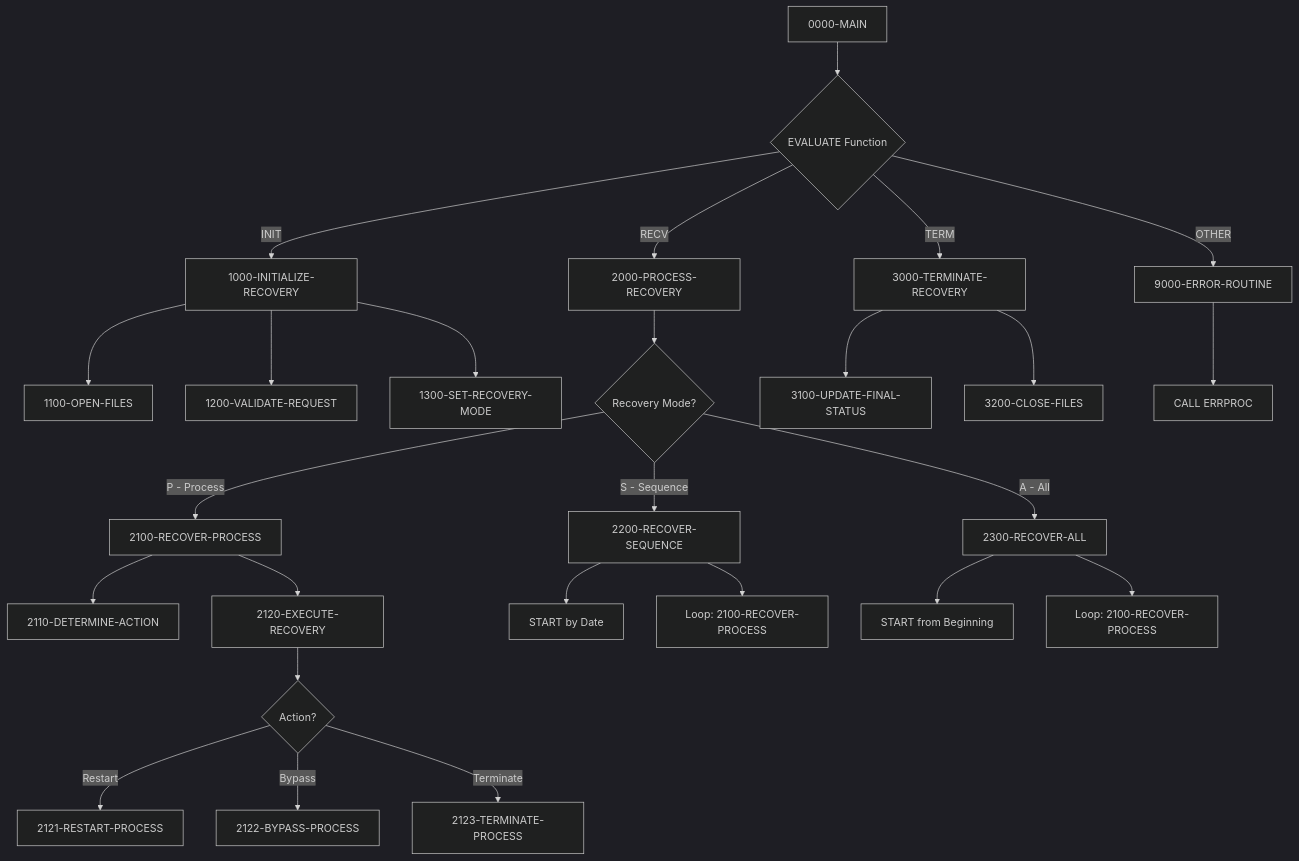
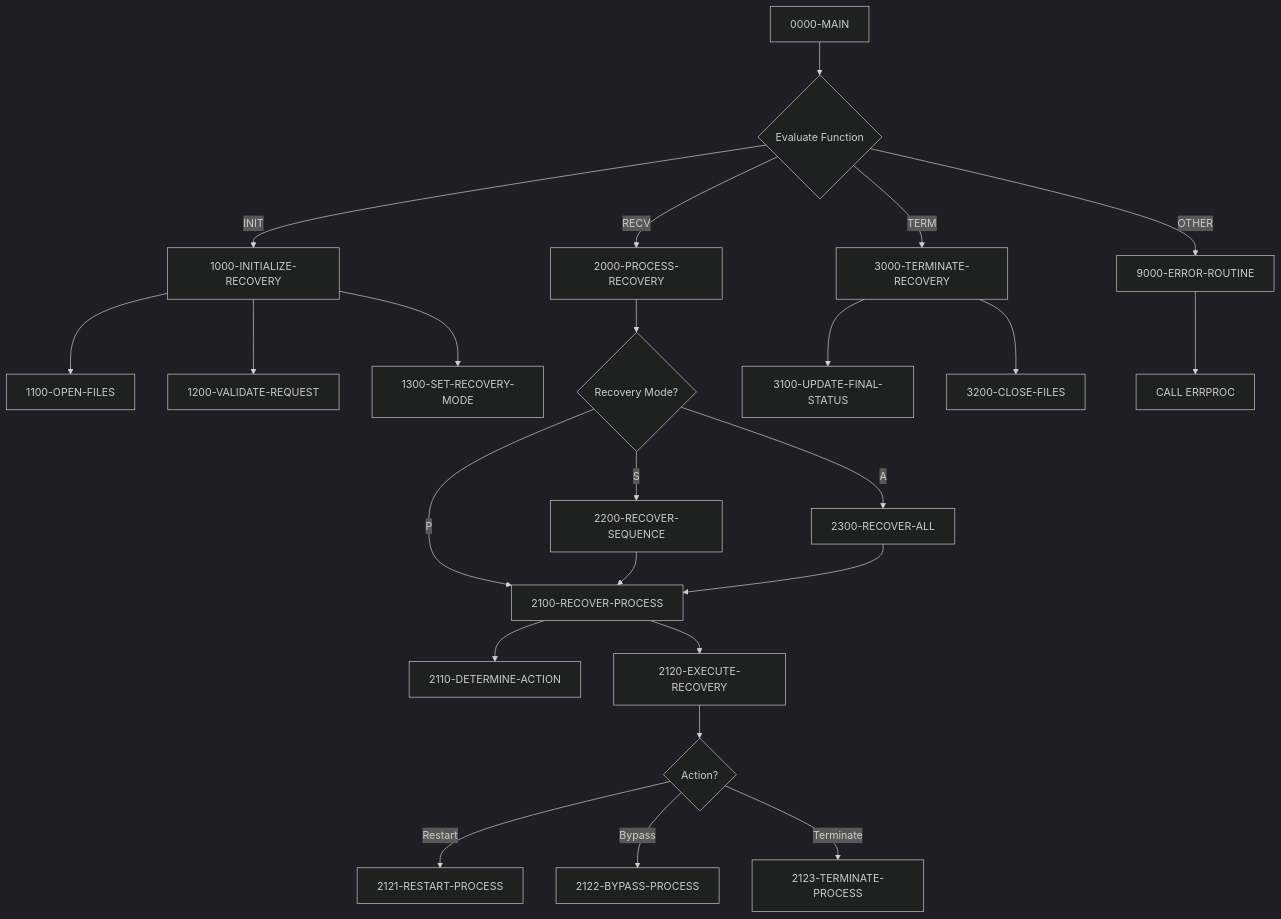
The diagram in docs/programs/RCVPRC00.mdx (haladir-com/legacy-benchmark-docs-vb70e1), drawn with Mermaid (dark theme) before and after one commit. The commit also changed other lines of this file and 63 other files, not shown here.

````diff
--- a/docs/programs/RCVPRC00.mdx
+++ b/docs/programs/RCVPRC00.mdx
@@ -16,36 +16,33 @@
 ```mermaid
 graph TD
-    A[0000-MAIN] --> B{EVALUATE Function}
+    A[0000-MAIN] --> B{Evaluate Function}
     B -->|INIT| C[1000-INITIALIZE-RECOVERY]
     B -->|RECV| D[2000-PROCESS-RECOVERY]
     B -->|TERM| E[3000-TERMINATE-RECOVERY]
     B -->|OTHER| F[9000-ERROR-ROUTINE]
     
     C --> C1[1100-OPEN-FILES]
     C --> C2[1200-VALIDATE-REQUEST]
     C --> C3[1300-SET-RECOVERY-MODE]
     
-    D --> D1{Recovery Mode?}
-    D1 -->|P - Process| D2[2100-RECOVER-PROCESS]
-    D1 -->|S - Sequence| D3[2200-RECOVER-SEQUENCE]
-    D1 -->|A - All| D4[2300-RECOVER-ALL]
+    D --> G{Recovery Mode?}
+    G -->|P| H[2100-RECOVER-PROCESS]
+    G -->|S| I[2200-RECOVER-SEQUENCE]
+    G -->|A| J[2300-RECOVER-ALL]
     
-    D2 --> D2A[2110-DETERMINE-ACTION]
-    D2 --> D2B[2120-EXECUTE-RECOVERY]
+    H --> H1[2110-DETERMINE-ACTION]
+    H --> H2[2120-EXECUTE-RECOVERY]
     
-    D2B --> D2B1{Action?}
-    D2B1 -->|Restart| D2B2[2121-RESTART-PROCESS]
-    D2B1 -->|Bypass| D2B3[2122-BYPASS-PROCESS]
-    D2B1 -->|Terminate| D2B4[2123-TERMINATE-PROCESS]
+    H2 --> K{Action?}
+    K -->|Restart| L[2121-RESTART-PROCESS]
+    K -->|Bypass| M[2122-BYPASS-PROCESS]
+    K -->|Terminate| N[2123-TERMINATE-PROCESS]
     
-    D3 --> D3A[START by Date]
-    D3 --> D3B[Loop: 2100-RECOVER-PROCESS]
-    
-    D4 --> D4A[START from Beginning]
-    D4 --> D4B[Loop: 2100-RECOVER-PROCESS]
+    I --> H
+    J --> H
     
     E --> E1[3100-UPDATE-FINAL-STATUS]
     E --> E2[3200-CLOSE-FILES]
     
-    F --> G[CALL ERRPROC]
+    F --> F1[CALL ERRPROC]
 ```
````
